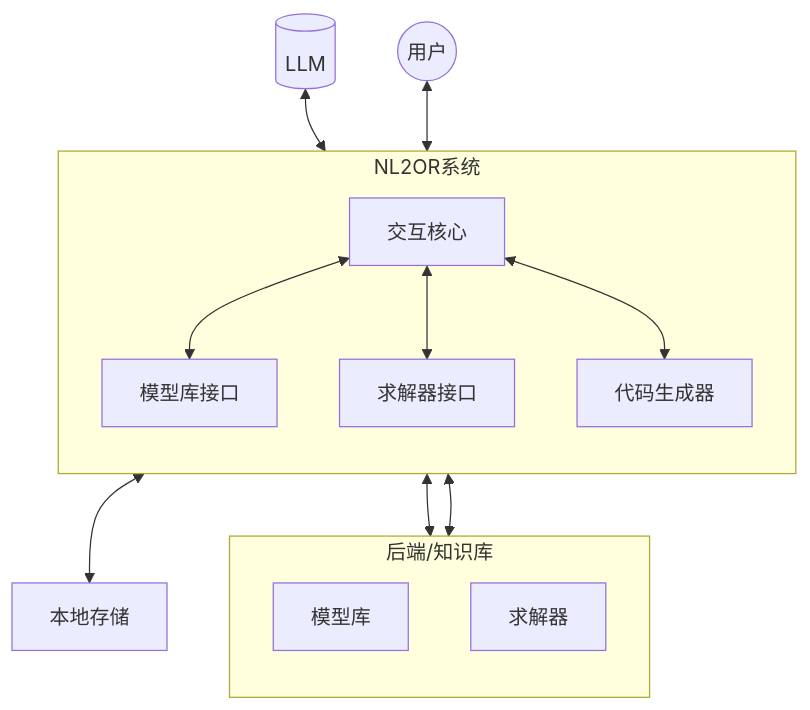
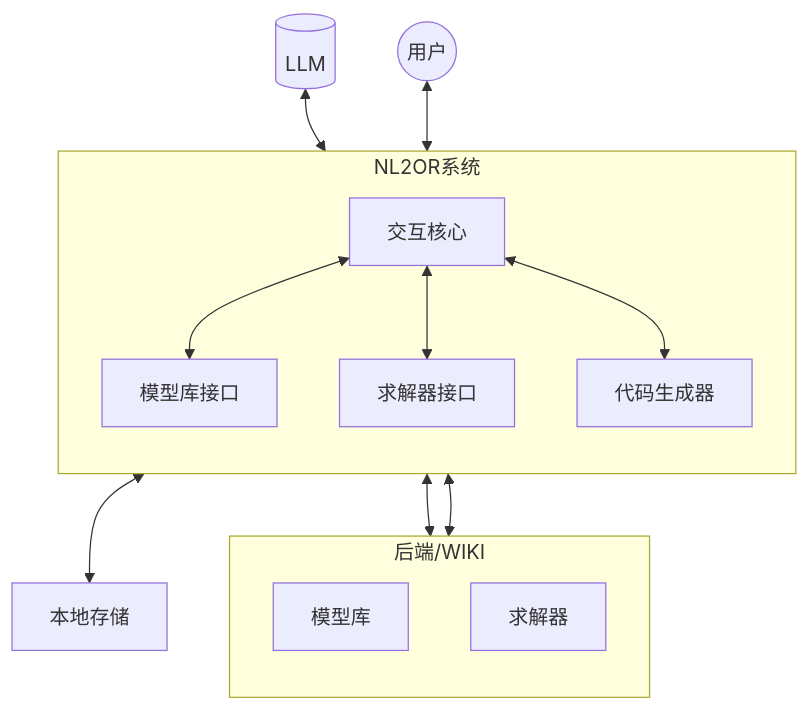
The first of 2 diagrams in docs/flowchart.md (suifengwudong/NL2OR_agent), drawn with Mermaid before and after one commit. The commit also changed other lines of this file and 5 other files, not shown here.

Commit message:
chore: update flowchart and README with new images

````diff
--- a/docs/flowchart.md
+++ b/docs/flowchart.md
@@ -14,19 +14,19 @@
 ```mermaid
 flowchart TD
     subgraph nl2or[NL2OR系统]
         direction TB
         interactCore[交互核心] <--> modelParser[模型库接口]
         interactCore <--> solverInterface[求解器接口]
         interactCore <--> codeGen[代码生成器]
     end
     llm[(LLM)] <--> interactCore
     user((用户)) <--> interactCore
     modelParser <--> modelBank[模型库]
     solverInterface <--> solver[求解器]
     codeGen <--> localStorage[本地存储]
-    subgraph backEnd[后端/知识库]
+    subgraph backEnd[后端/WIKI]
         direction TB
         modelBank
         solver[求解器]
     end
 ```
````
